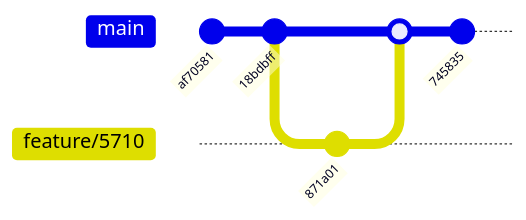
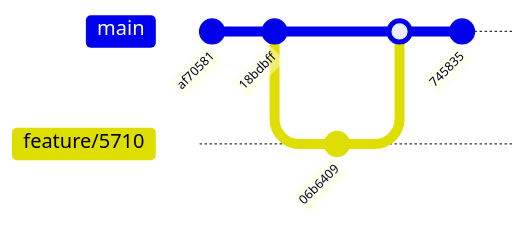
The diagram in README.md (pho-enix/yagt), drawn with Mermaid before and after one commit. The commit also changed other lines of this file, not shown here.

Commit message:
Show commit

````diff
--- a/README.md
+++ b/README.md
@@ -34,11 +52,11 @@
 ```mermaid
 gitGraph
     commit id: "af70581"
     commit id: "18bdbff"
     branch feature/5710
     checkout feature/5710
-    commit id: "871a01"
+    commit id: "06b6409"
     checkout main
     merge feature/5710
     commit id: "745835"
 ```
````
